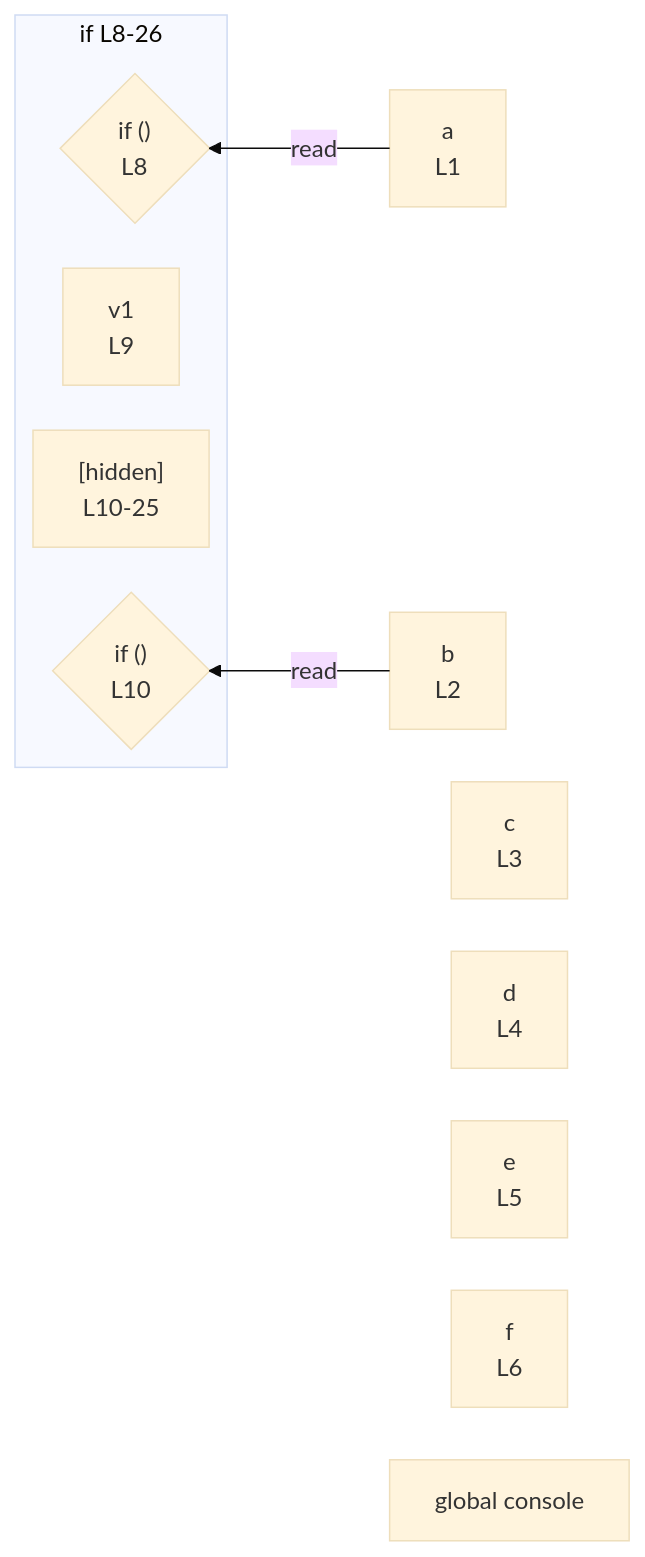
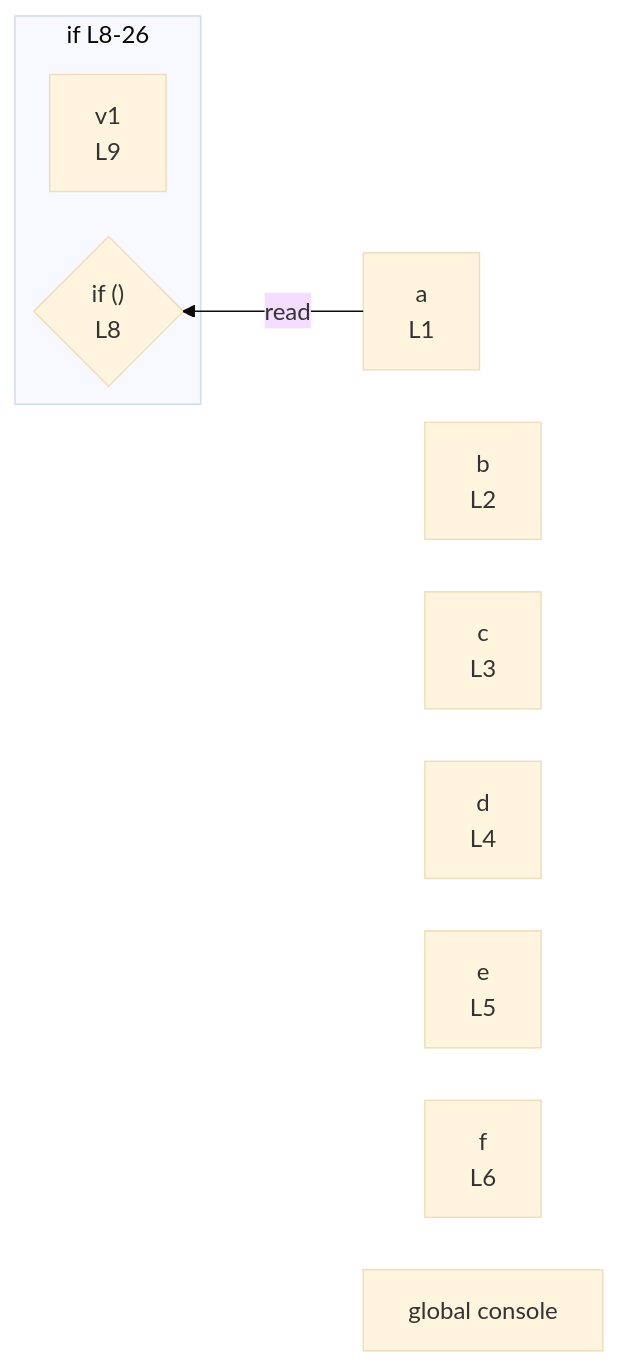
Before and after one commit to crescware/unsnarl: the diagram in integration/fixtures/app-behavior/depth/if/depth-1/preview.md, drawn with Mermaid (base theme). The commit also changed 96 other files, not shown here.

````diff
--- a/integration/fixtures/app-behavior/depth/if/depth-1/preview.md
+++ b/integration/fixtures/app-behavior/depth/if/depth-1/preview.md
@@ -36,20 +36,17 @@
 ```mermaid
 %%{init: {"flowchart": {"defaultRenderer": "elk"}}}%%
 flowchart RL
   n_scope_0_a_6["a<br/>L1"]
   n_scope_0_b_22["b<br/>L2"]
   n_scope_0_c_38["c<br/>L3"]
   n_scope_0_d_54["d<br/>L4"]
   n_scope_0_e_70["e<br/>L5"]
   n_scope_0_f_86["f<br/>L6"]
   n_scope_0_console_324["global console"]
   subgraph s_scope_1["if L8-26"]
     direction RL
     if_test_scope_0_97{"if ()<br/>L8"}
     n_scope_1_v1_114["v1<br/>L9"]
-    collapsed_scope_2["[hidden]<br/>L10-25"]
-    if_test_scope_1_124{"if ()<br/>L10"}
   end
   n_scope_0_a_6 -->|read| if_test_scope_0_97
-  n_scope_0_b_22 -->|read| if_test_scope_1_124
 ```
````
